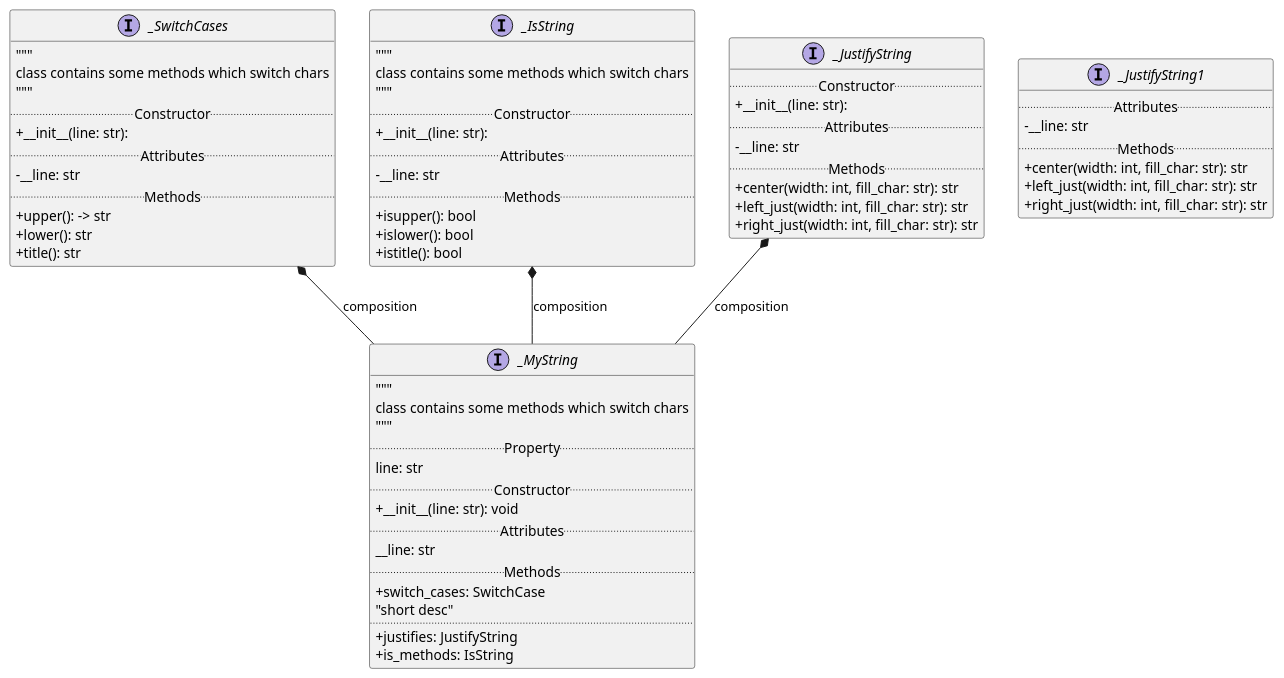
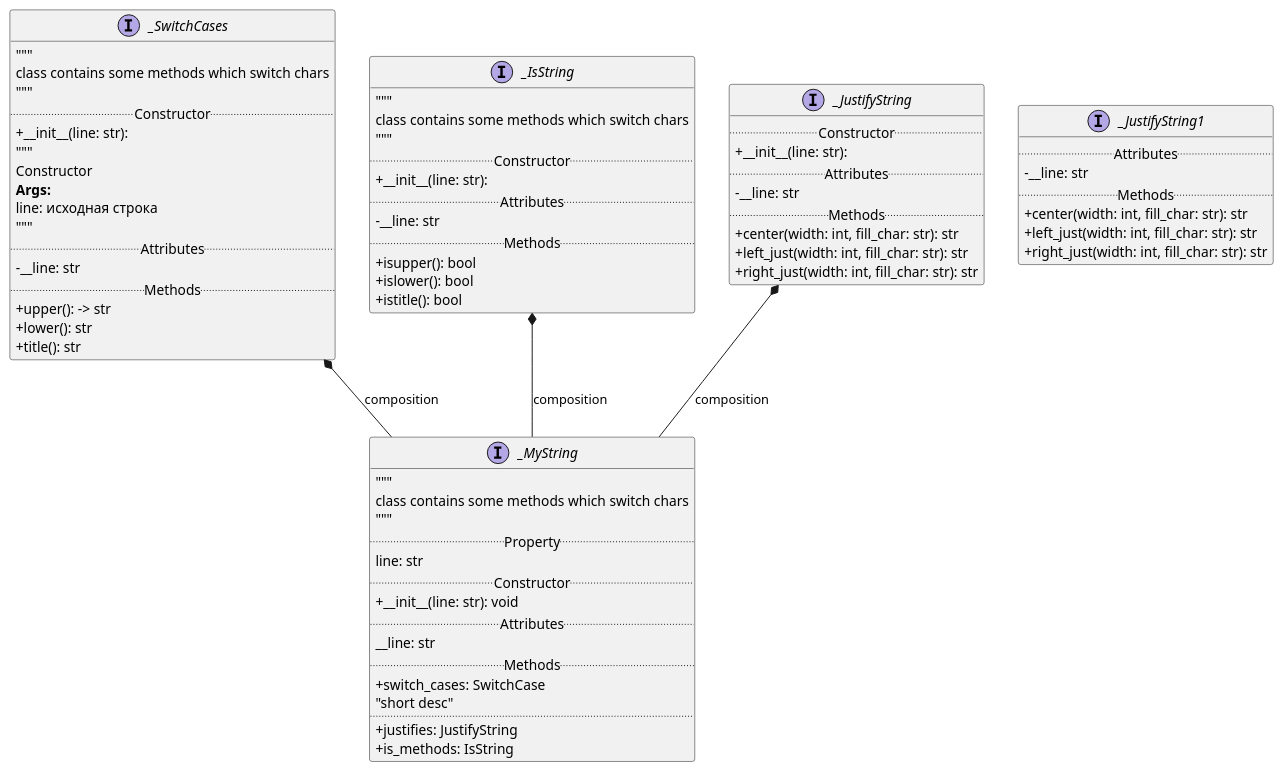
The diagram in mvp_02_uml_to_py/uml_class_line.puml (future-username/Learn_Python), drawn with PlantUML before and after one commit. The commit also changed 2 other files, not shown here.

```diff
--- a/mvp_02_uml_to_py/uml_class_line.puml
+++ b/mvp_02_uml_to_py/uml_class_line.puml
@@ -1,74 +1,79 @@
 @startuml
 skinparam classAttributeIconSize 0
 
 InterFace _MyString {
 """
 class contains some methods which switch chars
 """
 .. Property ..
 line: str
 .. Constructor ..
 +__init__(line: str): void
 .. Attributes ..
 __line: str
 .. Methods ..
 +switch_cases: SwitchCase
 "short desc"
 ..
 +justifies: JustifyString
 +is_methods: IsString
 }
 
 interface _SwitchCases {
     """
     class contains some methods which switch chars
     """
     .. Constructor ..
     +__init__(line: str):
+    """
+    Constructor
+    **Args:**
+        line: исходная строка
+    """
     .. Attributes ..
     -__line: str
     .. Methods ..
     +upper(): -> str
     +lower(): str
     +title(): str
 }
 
 interface _IsString {
     """
     class contains some methods which switch chars
     """
     .. Constructor ..
     +__init__(line: str):
     .. Attributes ..
     -__line: str
     .. Methods ..
     +isupper(): bool
     +islower(): bool
     +istitle(): bool
 }
 
 interface _JustifyString {
     .. Constructor ..
     +__init__(line: str):
     .. Attributes ..
     -__line: str
     .. Methods ..
     +center(width: int, fill_char: str): str
     +left_just(width: int, fill_char: str): str
     +right_just(width: int, fill_char: str): str
 }
 
 interface _JustifyString1 {
     .. Attributes ..
     -__line: str
     .. Methods ..
     +center(width: int, fill_char: str): str
     +left_just(width: int, fill_char: str): str
     +right_just(width: int, fill_char: str): str
 }
 
 _SwitchCases *-- _MyString: composition
 _IsString *-- _MyString: composition
 _JustifyString *-- _MyString: composition
 
 @enduml
```
